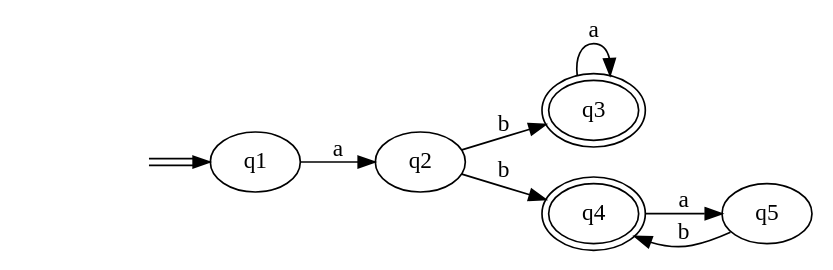
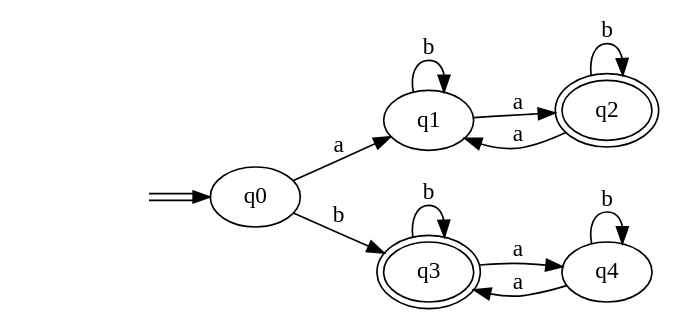
One commit to ptitguigui/Licence_Info-S5 changed the diagram in tp5-tp6-tp7/automate-test-original.dot. Above: the diagram before and after it, drawn with Graphviz. The commit also changed 7 other files, not shown here.

```diff
--- a/tp5-tp6-tp7/automate-test-original.dot
+++ b/tp5-tp6-tp7/automate-test-original.dot
@@ -1,11 +1,15 @@
 digraph Automaton { 
   rankdir = LR
-  0 [label="q1"];  1 [label="q2"];  2 [label="q3",peripheries=2];  3 [label="q4",peripheries=2];  4 [label="q5"];  start0 [style=invis]
+  0 [label="q0"];  1 [label="q1"];  2 [label="q2",peripheries=2];  3 [label="q3",peripheries=2];  4 [label="q4"];  start0 [style=invis]
   start0 -> 0[color="black:white:black"]
   0 -> 1 [label = "a" ]
-  1 -> 2 [label = "b" ]
-  1 -> 3 [label = "b" ]
-  2 -> 2 [label = "a" ]
+  0 -> 3 [label = "b" ]
+  1 -> 2 [label = "a" ]
+  1 -> 1 [label = "b" ]
+  2 -> 1 [label = "a" ]
+  2 -> 2 [label = "b" ]
   3 -> 4 [label = "a" ]
-  4 -> 3 [label = "b" ]
+  3 -> 3 [label = "b" ]
+  4 -> 3 [label = "a" ]
+  4 -> 4 [label = "b" ]
 }
```
